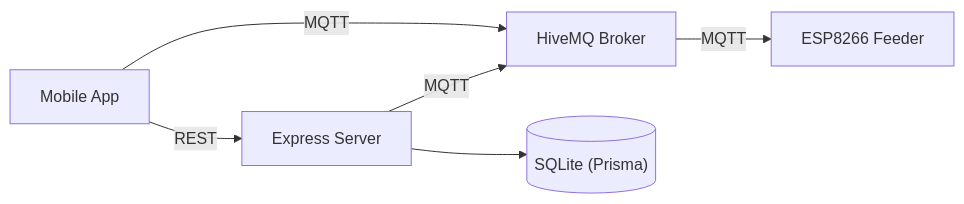
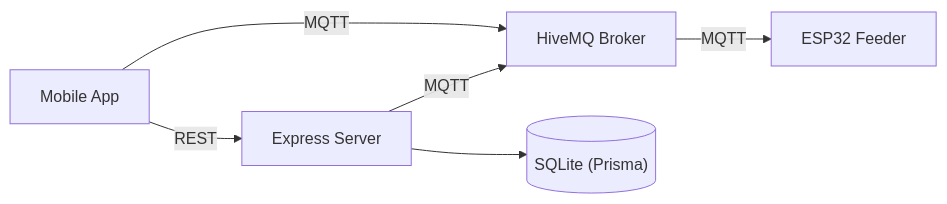
The diagram in server/README.md (Jezerwel/floyd-app), drawn with Mermaid before and after one commit. The commit also changed other lines of this file and 14 other files, not shown here.

````diff
--- a/server/README.md
+++ b/server/README.md
@@ -19,8 +19,8 @@
 ```mermaid
 graph LR
     APP["Mobile App"] -- REST --> API["Express Server"]
     APP -- MQTT --> HIVEMQ["HiveMQ Broker"]
     API -- MQTT --> HIVEMQ
-    HIVEMQ -- MQTT --> ESP["ESP8266 Feeder"]
+    HIVEMQ -- MQTT --> ESP["ESP32 Feeder"]
     API --> DB[("SQLite (Prisma)")]
 ```
````
